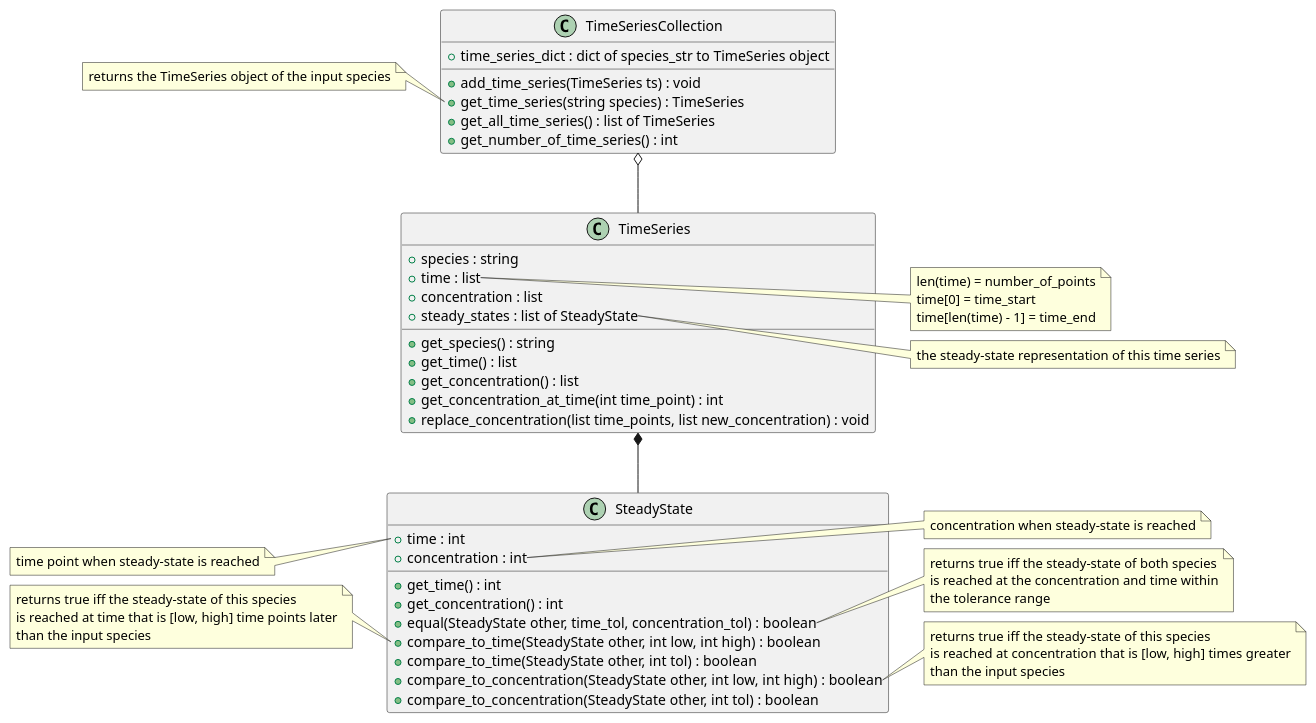
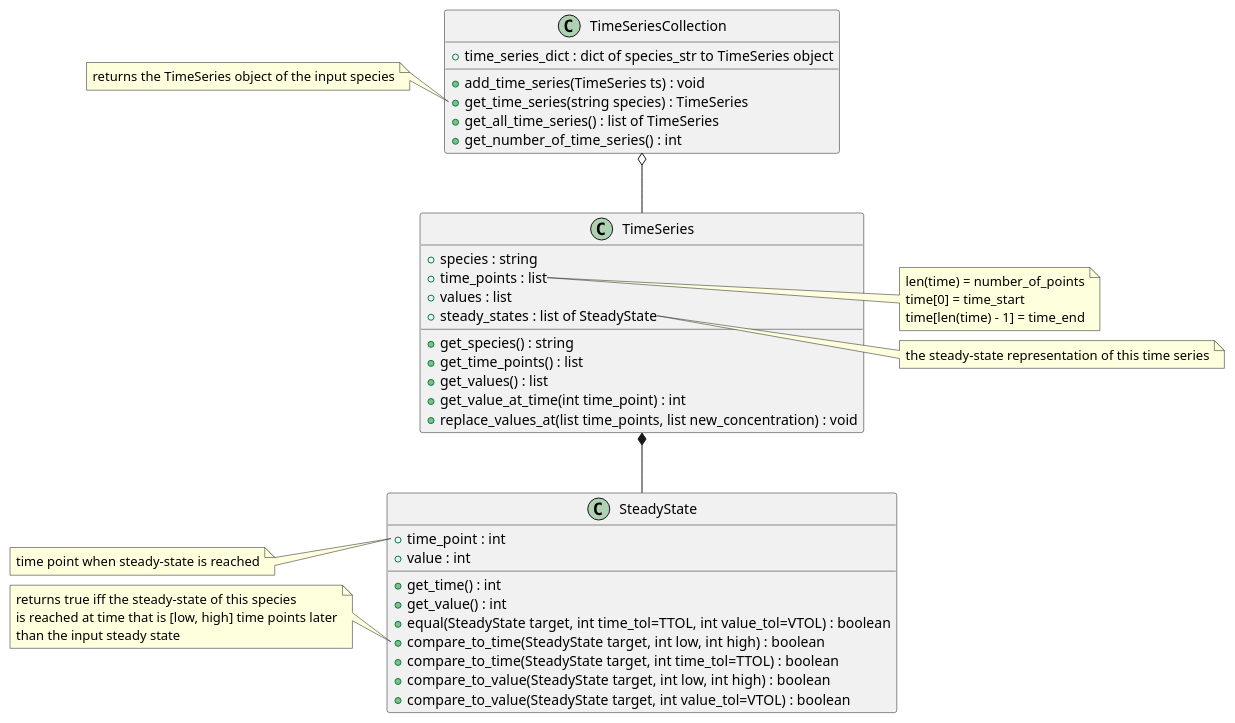
Before and after one commit to sys-bio/SBviper: the diagram in Design/object_model.plantuml, drawn with PlantUML. The commit also changed 1 other file, not shown here.

Commit message:
created classes and updated uml

```diff
--- a/Design/object_model.plantuml
+++ b/Design/object_model.plantuml
@@ -1,79 +1,79 @@
 @startuml
 
 TimeSeriesCollection o-- TimeSeries
 
 TimeSeries *-- SteadyState
 
 class TimeSeriesCollection {
     +time_series_dict : dict of species_str to TimeSeries object
     +add_time_series(TimeSeries ts) : void
     +get_time_series(string species) : TimeSeries
     +get_all_time_series() : list of TimeSeries
     +get_number_of_time_series() : int
 }
 
 class TimeSeries {
     +species : string
-    +time : list
-    +concentration : list
+    +time_points : list
+    +values : list
     +steady_states : list of SteadyState
     +get_species() : string
-    +get_time() : list
-    +get_concentration() : list
-    +get_concentration_at_time(int time_point) : int
-    +replace_concentration(list time_points, list new_concentration) : void
+    +get_time_points() : list
+    +get_values() : list
+    +get_value_at_time(int time_point) : int
+    +replace_values_at(list time_points, list new_concentration) : void
 }
 
 class SteadyState {
-    +time : int
-    +concentration : int
+    +time_point : int
+    +value : int
     +get_time() : int
-    +get_concentration() : int
-    +equal(SteadyState other, time_tol, concentration_tol) : boolean
-    +compare_to_time(SteadyState other, int low, int high) : boolean
-    +compare_to_time(SteadyState other, int tol) : boolean
-    +compare_to_concentration(SteadyState other, int low, int high) : boolean
-    +compare_to_concentration(SteadyState other, int tol) : boolean
+    +get_value() : int
+    +equal(SteadyState target, int time_tol=TTOL, int value_tol=VTOL) : boolean
+    +compare_to_time(SteadyState target, int low, int high) : boolean
+    +compare_to_time(SteadyState target, int time_tol=TTOL) : boolean
+    +compare_to_value(SteadyState target, int low, int high) : boolean
+    +compare_to_value(SteadyState target, int value_tol=VTOL) : boolean
 }
 
 note left of TimeSeriesCollection::get_time_series {
     returns the TimeSeries object of the input species
 }
 
 note right of TimeSeries::time {
     len(time) = number_of_points
     time[0] = time_start
     time[len(time) - 1] = time_end
 }
 
 note right of TimeSeries::steady_state {
     the steady-state representation of this time series
 }
 
 note left of SteadyState::time {
     time point when steady-state is reached
 }
 
 note right of SteadyState::concentration {
     concentration when steady-state is reached
 }
 
 note right of SteadyState::equal {
     returns true iff the steady-state of both species
     is reached at the concentration and time within
     the tolerance range
 }
 
 note left of SteadyState::compare_to_time {
     returns true iff the steady-state of this species
     is reached at time that is [low, high] time points later
-    than the input species
+    than the input steady state
 }
 
 note right of SteadyState::compare_to_concentration {
     returns true iff the steady-state of this species
     is reached at concentration that is [low, high] times greater
-    than the input species
+    than the input steady state
 }
 
 @enduml
```
